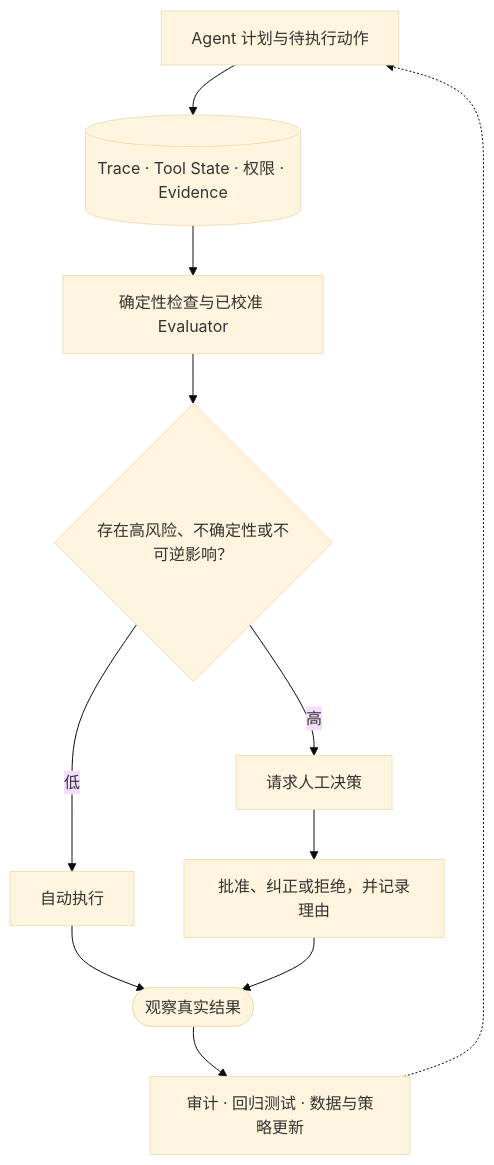
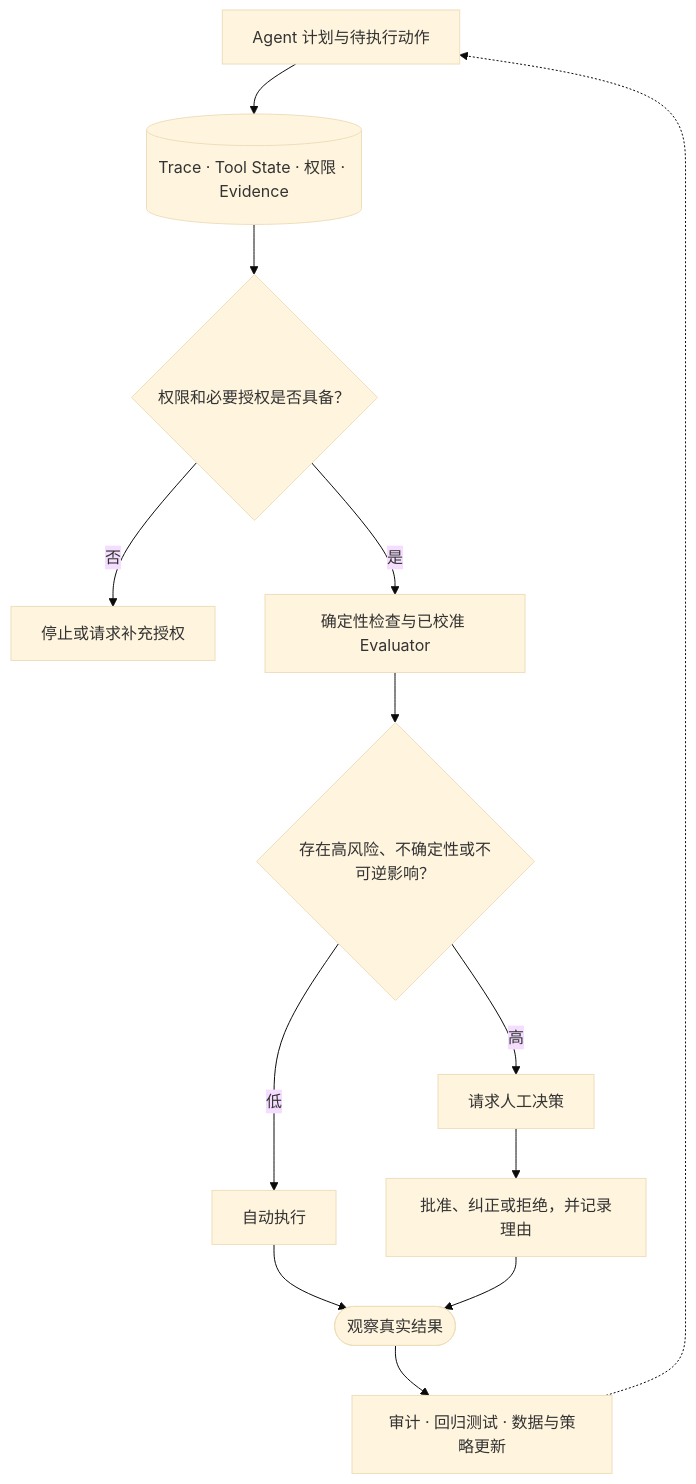
One commit to tianyi-zhang-02/cooking-agi changed the second of 2 diagrams in 06-systems/README.md. Above: the diagram before and after it, drawn with Mermaid (base theme). The commit also changed other lines of this file and 457 other files, not shown here.

````diff
--- a/06-systems/README.md
+++ b/06-systems/README.md
@@ -171,13 +157,15 @@
 ```mermaid
 flowchart TB
     A["Agent 计划与待执行动作"] --> B[("Trace · Tool State · 权限 · Evidence")]
-    B --> C["确定性检查与已校准 Evaluator"]
+    B --> P{"权限和必要授权是否具备？"}
+    P -- "否" --> stop["停止或请求补充授权"]
+    P -- "是" --> C["确定性检查与已校准 Evaluator"]
     C --> D{"存在高风险、不确定性或不可逆影响？"}
     D -- "低" --> E["自动执行"]
     D -- "高" --> F["请求人工决策"]
     F --> G["批准、纠正或拒绝，并记录理由"]
     E --> H(["观察真实结果"])
     G --> H
     H --> I["审计 · 回归测试 · 数据与策略更新"]
     I -.-> A
 ```
````
